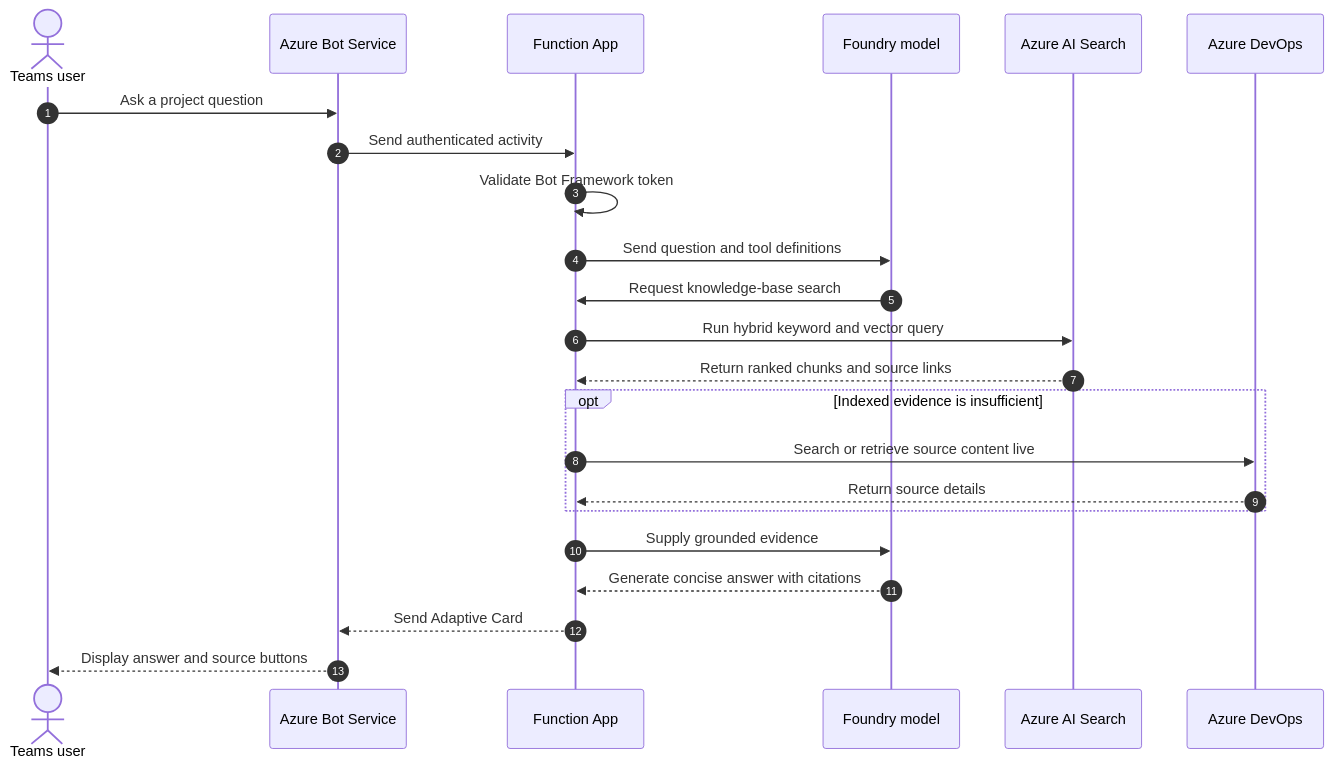
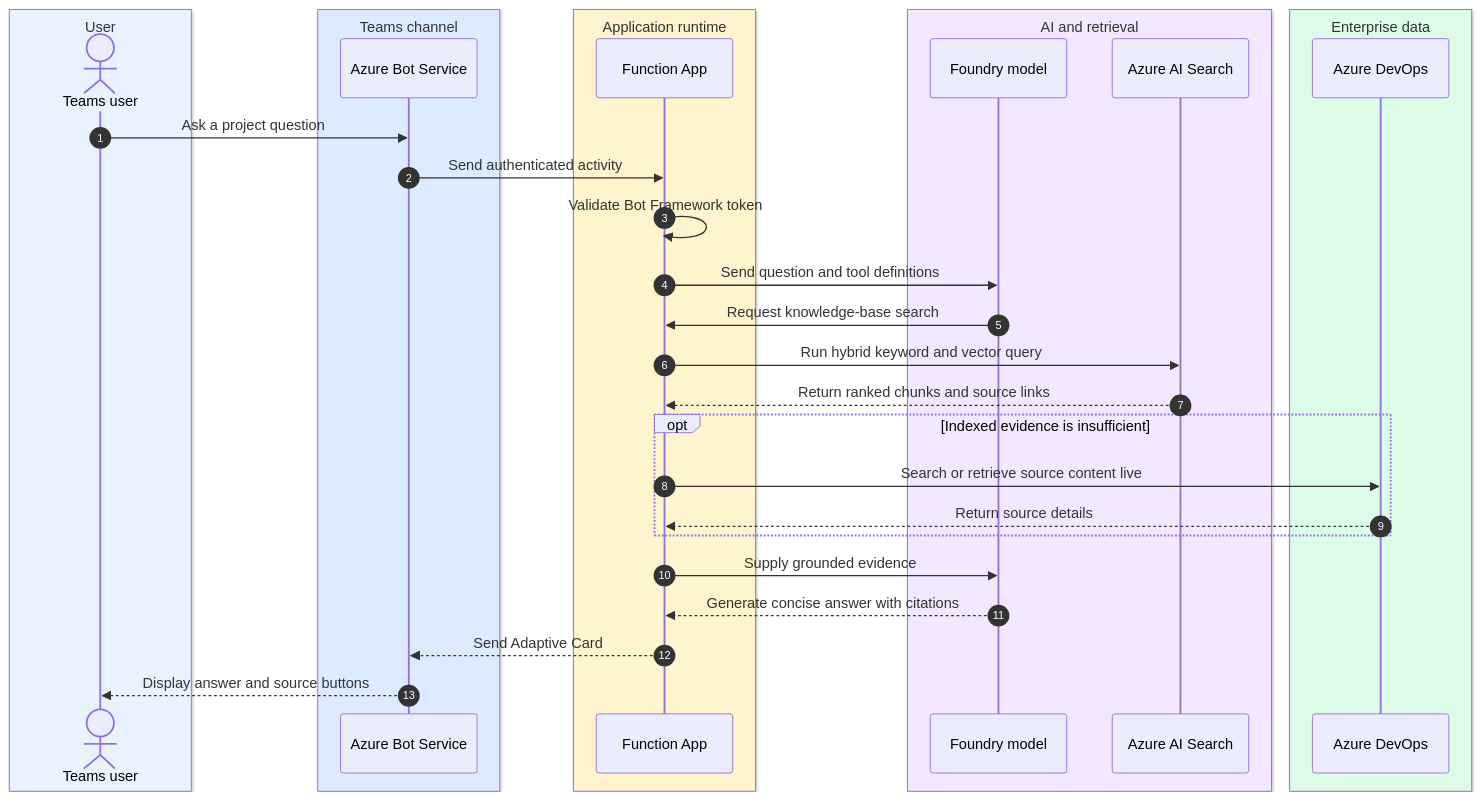
The second of 5 diagrams in docs/architecture.md (madhurshukla23/Migration-Knowledge-IQ), drawn with Mermaid before and after one commit.

Commit message:
Enhance sequence diagram in architecture documentation with color-coded boxes for improved clarity and organization

````diff
--- a/docs/architecture.md
+++ b/docs/architecture.md
@@ -124,27 +124,37 @@
 ```mermaid
 %%{init: {"themeVariables": {"fontSize": "18px"}, "sequence": {"actorFontSize": 18, "messageFontSize": 16, "noteFontSize": 16, "sequenceNumberFontSize": 14}}}%%
 sequenceDiagram
     autonumber
-    actor User as Teams user
-    participant Bot as Azure Bot Service
-    participant App as Function App
-    participant Model as Foundry model
-    participant Search as Azure AI Search
-    participant ADO as Azure DevOps
+    box rgb(232, 243, 255) User
+        actor User as Teams user
+    end
+    box rgb(221, 235, 255) Teams channel
+        participant Bot as Azure Bot Service
+    end
+    box rgb(255, 244, 206) Application runtime
+        participant App as Function App
+    end
+    box rgb(243, 232, 255) AI and retrieval
+        participant Model as Foundry model
+        participant Search as Azure AI Search
+    end
+    box rgb(220, 252, 231) Enterprise data
+        participant ADO as Azure DevOps
+    end
 
     User->>Bot: Ask a project question
     Bot->>App: Send authenticated activity
     App->>App: Validate Bot Framework token
     App->>Model: Send question and tool definitions
     Model->>App: Request knowledge-base search
     App->>Search: Run hybrid keyword and vector query
     Search-->>App: Return ranked chunks and source links
     opt Indexed evidence is insufficient
         App->>ADO: Search or retrieve source content live
         ADO-->>App: Return source details
     end
     App->>Model: Supply grounded evidence
     Model-->>App: Generate concise answer with citations
     App-->>Bot: Send Adaptive Card
     Bot-->>User: Display answer and source buttons
 ```
````
